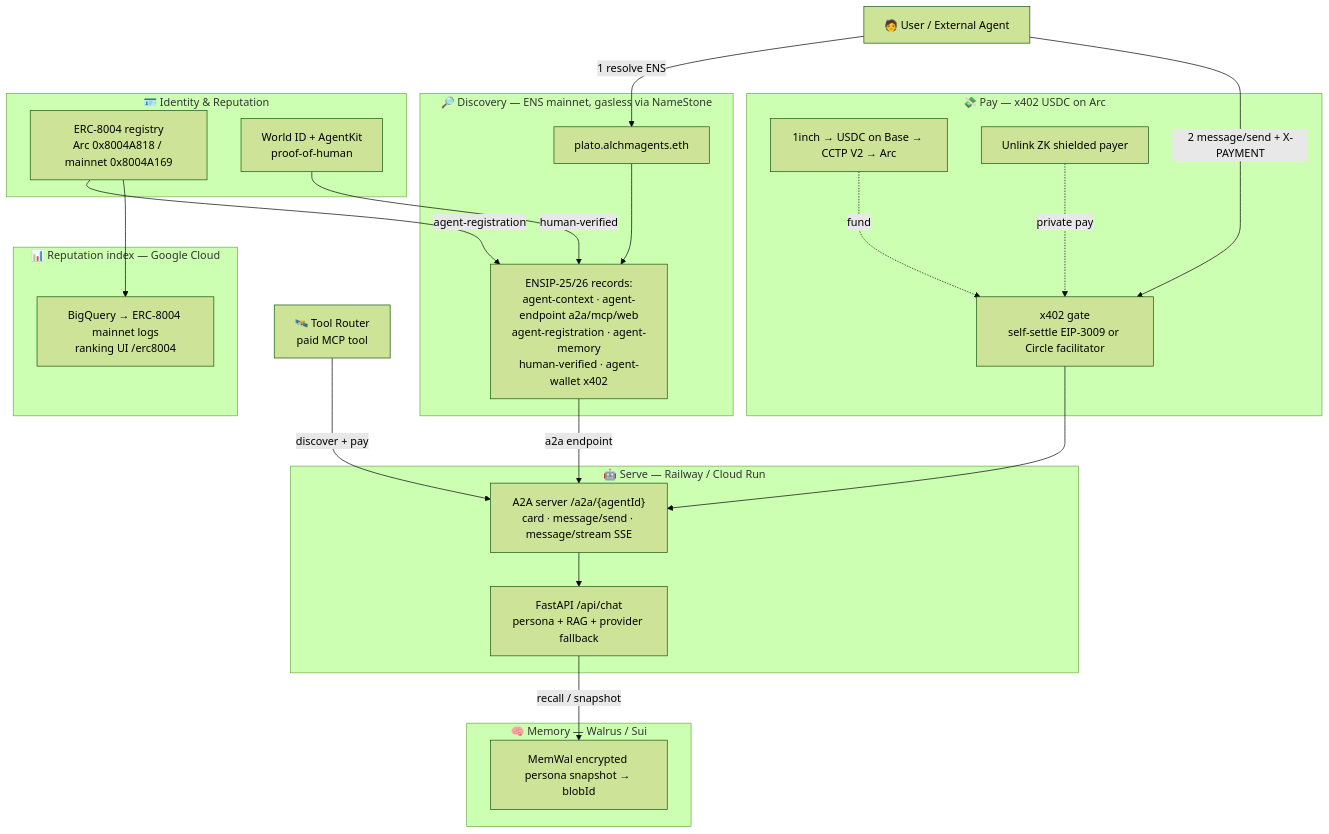
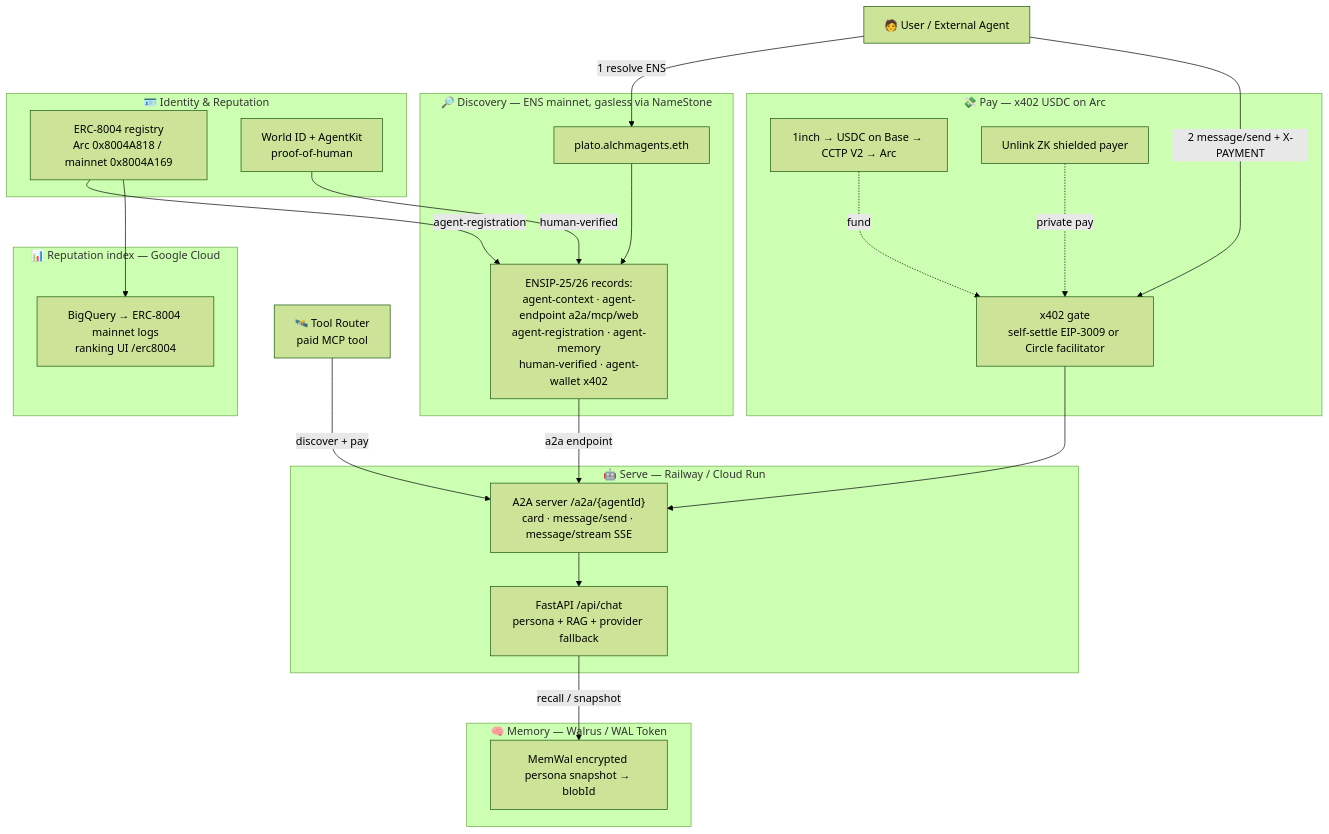
One commit to gregcastro23/alchm-agents-solana changed the first of 3 diagrams in INTEGRATIONS.md. Above: the diagram before and after it, drawn with Mermaid (forest theme). The commit also changed other lines of this file and 8 other files, not shown here.

````diff
--- a/INTEGRATIONS.md
+++ b/INTEGRATIONS.md
@@ -17,48 +17,48 @@
 ```mermaid
 flowchart TB
     User["🧑 User / External Agent"]
 
     subgraph Discovery["🔎 Discovery — ENS mainnet, gasless via NameStone"]
         ENS["plato.alchmagents.eth"]
         REC["ENSIP-25/26 records:<br/>agent-context · agent-endpoint a2a/mcp/web<br/>agent-registration · agent-memory<br/>human-verified · agent-wallet x402"]
         ENS --> REC
     end
 
     subgraph Serve["🤖 Serve — Railway / Cloud Run"]
         A2A["A2A server /a2a/{agentId}<br/>card · message/send · message/stream SSE"]
         CHAT["FastAPI /api/chat<br/>persona + RAG + provider fallback"]
         A2A --> CHAT
     end
 
     subgraph Pay["💸 Pay — x402 USDC on Arc"]
         X402["x402 gate<br/>self-settle EIP-3009 or Circle facilitator"]
         ONRAMP["1inch → USDC on Base → CCTP V2 → Arc"]
         UNLINK["Unlink ZK shielded payer"]
     end
 
     subgraph Identity["🪪 Identity & Reputation"]
         ERC8004["ERC-8004 registry<br/>Arc 0x8004A818 / mainnet 0x8004A169"]
         WORLD["World ID + AgentKit<br/>proof-of-human"]
     end
 
-    subgraph Memory["🧠 Memory — Walrus / Sui"]
+    subgraph Memory["🧠 Memory — Walrus / WAL Token"]
         MEMWAL["MemWal encrypted persona snapshot → blobId"]
     end
 
     subgraph Index["📊 Reputation index — Google Cloud"]
         BQ["BigQuery → ERC-8004 mainnet logs<br/>ranking UI /erc8004"]
     end
 
     TOOLROUTER["🛰️ Tool Router<br/>paid MCP tool"]
 
     User -->|1 resolve ENS| ENS
     REC -->|a2a endpoint| A2A
     User -->|2 message/send + X-PAYMENT| X402 --> A2A
     ONRAMP -.fund.-> X402
     UNLINK -.private pay.-> X402
     WORLD -->|human-verified| REC
     ERC8004 -->|agent-registration| REC
     CHAT -->|recall / snapshot| MEMWAL
     ERC8004 --> BQ
     TOOLROUTER -->|discover + pay| A2A
 ```
````
